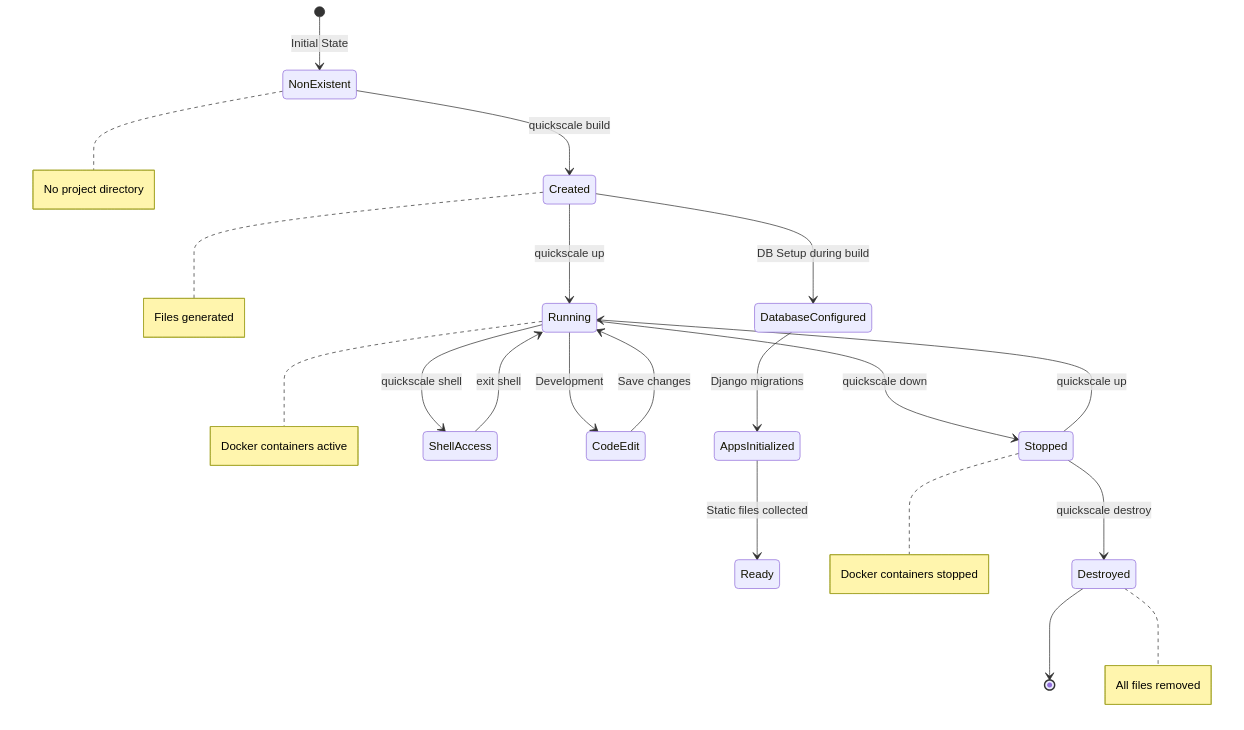
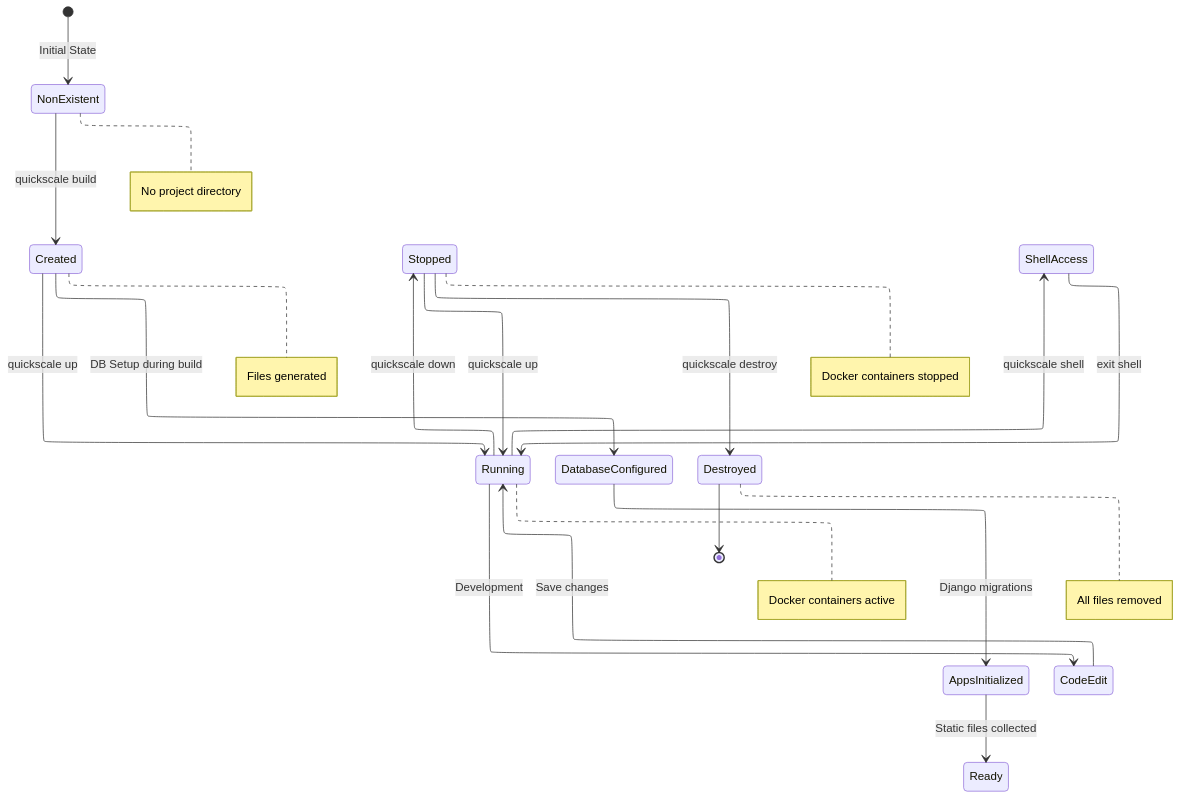
Before and after one commit to Experto-AI/quickscale: the third of 7 diagrams in TECHNICAL_DOCS.md, drawn with Mermaid. The commit also changed other lines of this file and 1 other file, not shown here.

Commit message:
Updated mermaid diagrams for better visualization

````diff
--- a/TECHNICAL_DOCS.md
+++ b/TECHNICAL_DOCS.md
@@ -206,28 +187,28 @@
 ```mermaid
-stateDiagram-v2
-    [*] --> NonExistent: Initial State
-    
-    NonExistent --> Created: quickscale build
-    Created --> Running: quickscale up
-    Running --> Stopped: quickscale down
-    Stopped --> Running: quickscale up
-    
-    Created --> DatabaseConfigured: DB Setup during build
-    DatabaseConfigured --> AppsInitialized: Django migrations
-    AppsInitialized --> Ready: Static files collected
-    
-    Running --> ShellAccess: quickscale shell
-    ShellAccess --> Running: exit shell
-    
-    Running --> CodeEdit: Development
-    CodeEdit --> Running: Save changes
-    
-    Stopped --> Destroyed: quickscale destroy
-    Destroyed --> [*]
-    
-    note right of NonExistent: No project directory
-    note right of Created: Files generated
-    note right of Running: Docker containers active
-    note right of Stopped: Docker containers stopped
-    note right of Destroyed: All files removed
+---
+config:
+  look: classic
+  layout: elk
+---
+stateDiagram
+  direction TB
+  [*] --> NonExistent:Initial State
+  NonExistent --> Created:quickscale build
+  Created --> Running:quickscale up
+  Running --> Stopped:quickscale down
+  Stopped --> Running:quickscale up
+  Created --> DatabaseConfigured:DB Setup during build
+  DatabaseConfigured --> AppsInitialized:Django migrations
+  AppsInitialized --> Ready:Static files collected
+  Running --> ShellAccess:quickscale shell
+  ShellAccess --> Running:exit shell
+  Running --> CodeEdit:Development
+  CodeEdit --> Running:Save changes
+  Stopped --> Destroyed:quickscale destroy
+  Destroyed --> [*]
+  note right of NonExistent : No project directory
+  note right of Created : Files generated
+  note right of Running : Docker containers active
+  note right of Stopped : Docker containers stopped
+  note right of Destroyed : All files removed
 ```
````
